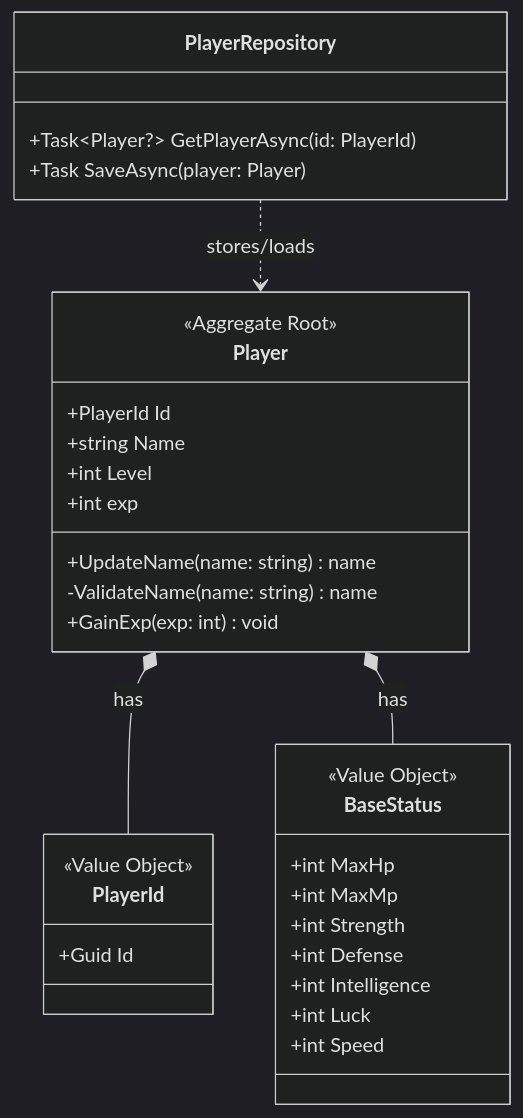
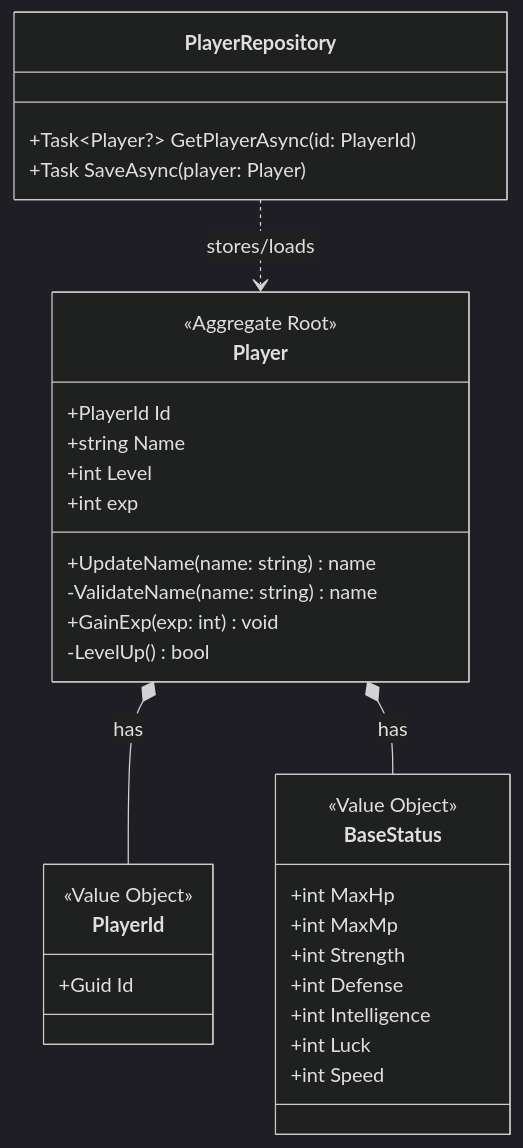
The diagram in docs/01_ドメインモデル.mmd (ayumu203/nisekue), drawn with Mermaid (dark theme) before and after one commit. The commit also changed 2 other files, not shown here.

```diff
--- a/docs/01_ドメインモデル.mmd
+++ b/docs/01_ドメインモデル.mmd
@@ -1,38 +1,39 @@
 classDiagram
     %% Player の基本情報
     class Player {
         <<Aggregate Root>>
         +PlayerId Id
         +string Name
         +int Level
         +int exp
         +UpdateName(name: string) name
         -ValidateName(name: string) name 
         +GainExp(exp: int) void
+        -LevelUp() bool
     }
 
     class PlayerId {
         <<Value Object>>
         +Guid Id
     }
 
     class PlayerRepository {
         +Task~Player?~ GetPlayerAsync(id: PlayerId)
         +Task SaveAsync(player: Player)
     }
     Player *-- PlayerId : has
     PlayerRepository ..> Player : stores/loads
 
     %% Player の基本ステータス
     class BaseStatus {
         <<Value Object>>
         +int MaxHp
         +int MaxMp
         +int Strength
         +int Defense
         +int Intelligence
         +int Luck
         +int Speed
     }
 
     Player *-- BaseStatus : has
```
